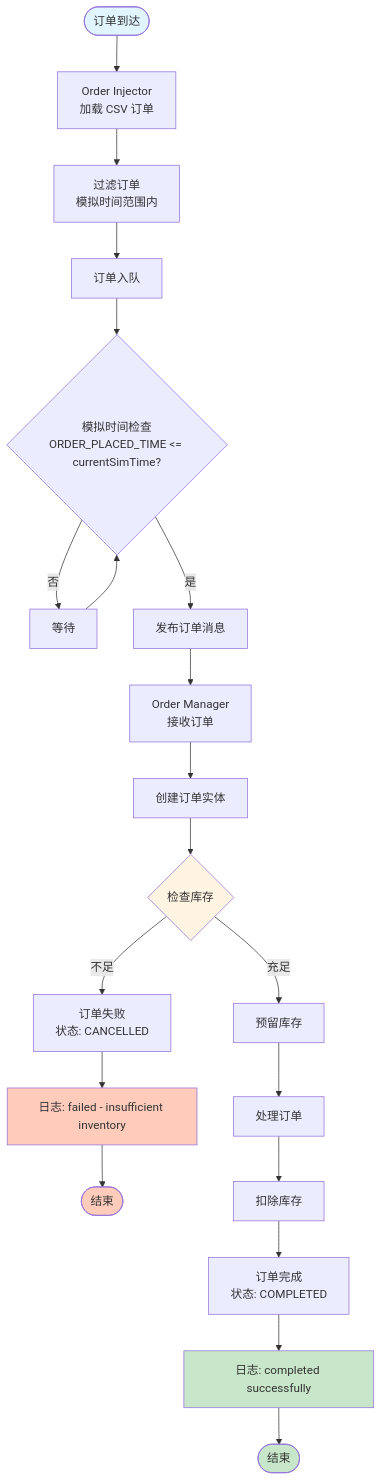
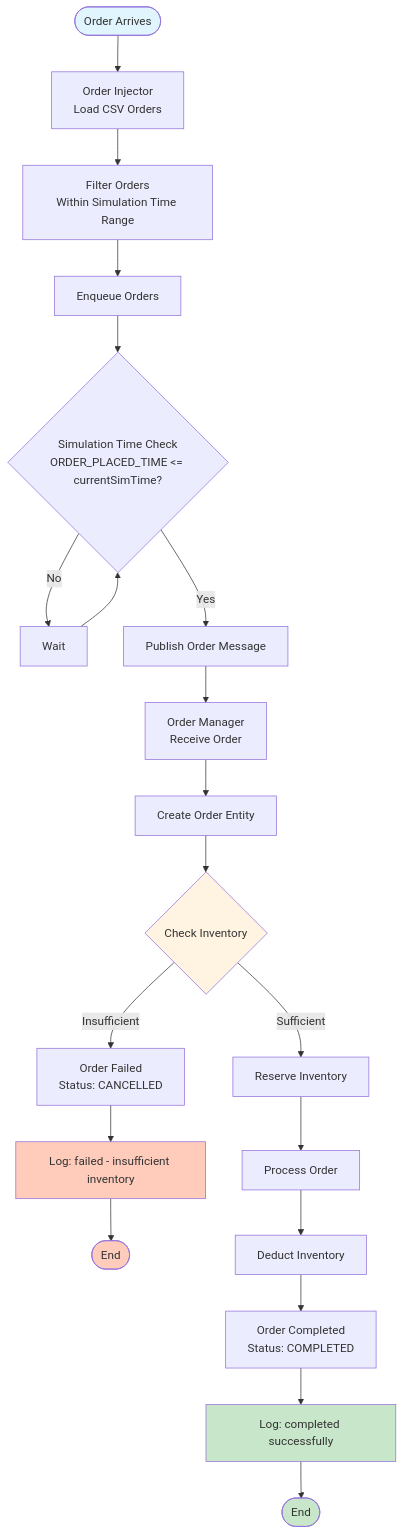
Before and after one commit to yuyu-ko/Inventory: the sixth of 9 diagrams in docs/ARCHITECTURE_DIAGRAM.md, drawn with Mermaid. The commit also changed other lines of this file and 26 other files, not shown here.

````diff
--- a/docs/ARCHITECTURE_DIAGRAM.md
+++ b/docs/ARCHITECTURE_DIAGRAM.md
@@ -266,34 +266,34 @@
 ```mermaid
 flowchart TD
-    Start([订单到达]) --> Load[Order Injector<br/>加载 CSV 订单]
-    Load --> Filter[过滤订单<br/>模拟时间范围内]
-    Filter --> Queue[订单入队]
+    Start([Order Arrives]) --> Load[Order Injector<br/>Load CSV Orders]
+    Load --> Filter[Filter Orders<br/>Within Simulation Time Range]
+    Filter --> Queue[Enqueue Orders]
     
-    Queue --> CheckTime{模拟时间检查<br/>ORDER_PLACED_TIME <= currentSimTime?}
+    Queue --> CheckTime{Simulation Time Check<br/>ORDER_PLACED_TIME <= currentSimTime?}
     
-    CheckTime -->|否| Wait[等待]
+    CheckTime -->|No| Wait[Wait]
     Wait --> CheckTime
     
-    CheckTime -->|是| Publish[发布订单消息]
-    Publish --> Receive[Order Manager<br/>接收订单]
-    Receive --> Create[创建订单实体]
-    Create --> CheckInv{检查库存}
+    CheckTime -->|Yes| Publish[Publish Order Message]
+    Publish --> Receive[Order Manager<br/>Receive Order]
+    Receive --> Create[Create Order Entity]
+    Create --> CheckInv{Check Inventory}
     
-    CheckInv -->|不足| Failed[订单失败<br/>状态: CANCELLED]
-    Failed --> LogFail[日志: failed - insufficient inventory]
-    LogFail --> End1([结束])
+    CheckInv -->|Insufficient| Failed[Order Failed<br/>Status: CANCELLED]
+    Failed --> LogFail[Log: failed - insufficient inventory]
+    LogFail --> End1([End])
     
-    CheckInv -->|充足| Reserve[预留库存]
-    Reserve --> Process[处理订单]
-    Process --> Deduct[扣除库存]
-    Deduct --> Complete[订单完成<br/>状态: COMPLETED]
-    Complete --> LogSuccess[日志: completed successfully]
-    LogSuccess --> End2([结束])
+    CheckInv -->|Sufficient| Reserve[Reserve Inventory]
+    Reserve --> Process[Process Order]
+    Process --> Deduct[Deduct Inventory]
+    Deduct --> Complete[Order Completed<br/>Status: COMPLETED]
+    Complete --> LogSuccess[Log: completed successfully]
+    LogSuccess --> End2([End])
     
     style Start fill:#e1f5ff
     style End1 fill:#ffccbc
     style End2 fill:#c8e6c9
     style CheckInv fill:#fff4e1
     style LogSuccess fill:#c8e6c9
     style LogFail fill:#ffccbc
 ```
````
